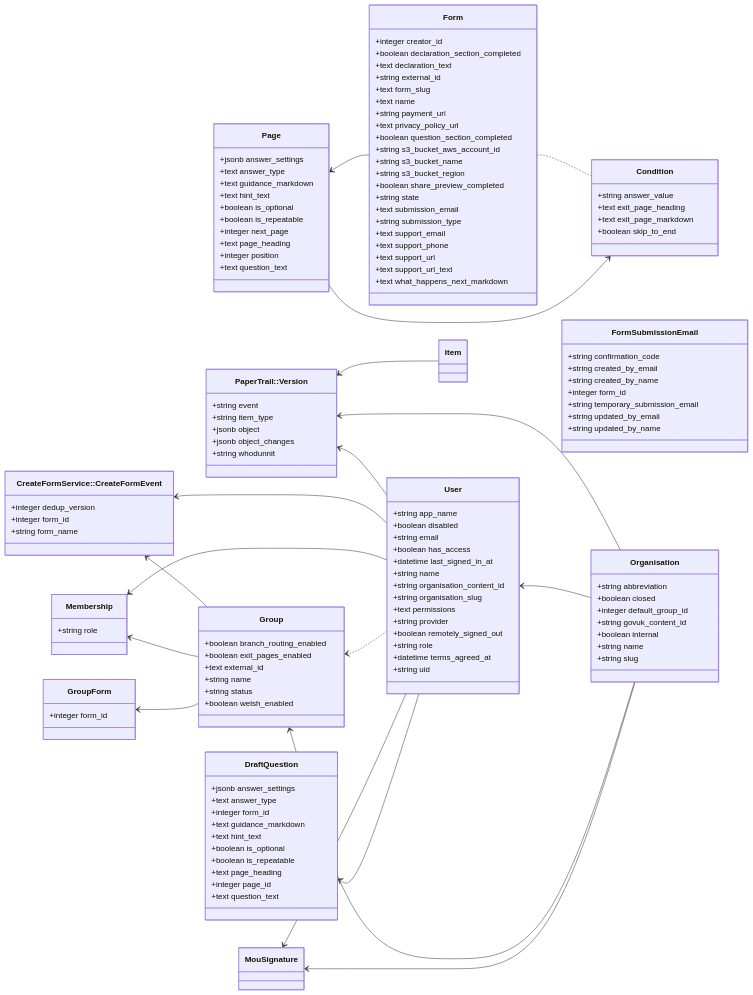
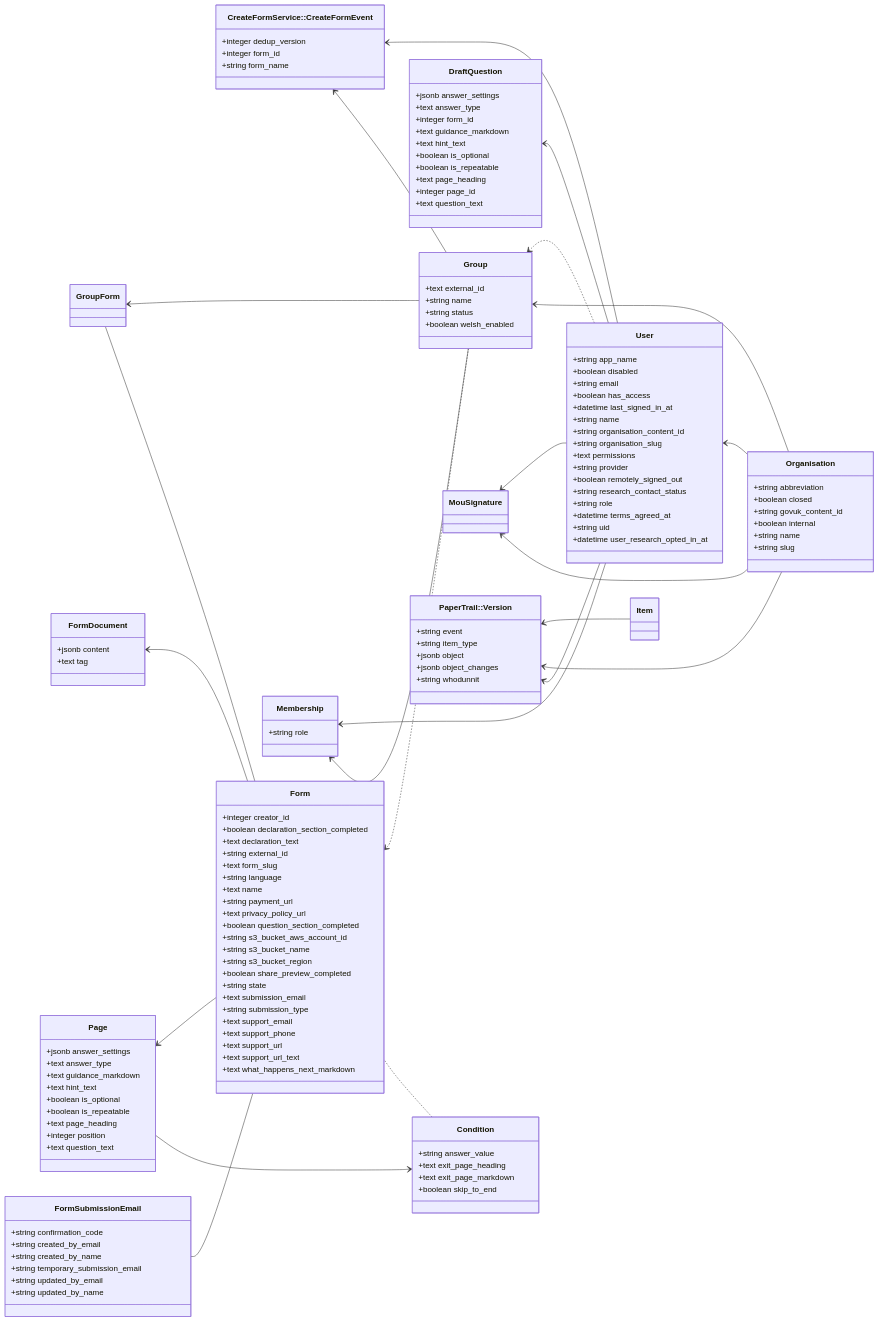
Before and after one commit to alphagov/forms: the diagram in diagrams/class-diagrams/admin.md, drawn with Mermaid.

Commit message:
Update forms-admin class diagram
Updated with latest output from rails-erd.

````diff
--- a/diagrams/class-diagrams/admin.md
+++ b/diagrams/class-diagrams/admin.md
@@ -33,6 +33,7 @@
 	`Form` : +text declaration_text
 	`Form` : +string external_id
 	`Form` : +text form_slug
+	`Form` : +string language
 	`Form` : +text name
 	`Form` : +string payment_url
 	`Form` : +text privacy_policy_url
@@ -49,30 +50,28 @@
 	`Form` : +text support_url
 	`Form` : +text support_url_text
 	`Form` : +text what_happens_next_markdown
+	class `FormDocument`
+	`FormDocument` : +jsonb content
+	`FormDocument` : +text tag
 	class `FormSubmissionEmail`
 	`FormSubmissionEmail` : +string confirmation_code
 	`FormSubmissionEmail` : +string created_by_email
 	`FormSubmissionEmail` : +string created_by_name
-	`FormSubmissionEmail` : +integer form_id
 	`FormSubmissionEmail` : +string temporary_submission_email
 	`FormSubmissionEmail` : +string updated_by_email
 	`FormSubmissionEmail` : +string updated_by_name
 	class `Group`
-	`Group` : +boolean branch_routing_enabled
-	`Group` : +boolean exit_pages_enabled
 	`Group` : +text external_id
 	`Group` : +string name
 	`Group` : +string status
 	`Group` : +boolean welsh_enabled
 	class `GroupForm`
-	`GroupForm` : +integer form_id
 	class `Membership`
 	`Membership` : +string role
 	class `MouSignature`
 	class `Organisation`
 	`Organisation` : +string abbreviation
 	`Organisation` : +boolean closed
-	`Organisation` : +integer default_group_id
 	`Organisation` : +string govuk_content_id
 	`Organisation` : +boolean internal
 	`Organisation` : +string name
@@ -84,7 +83,6 @@
 	`Page` : +text hint_text
 	`Page` : +boolean is_optional
 	`Page` : +boolean is_repeatable
-	`Page` : +integer next_page
 	`Page` : +text page_heading
 	`Page` : +integer position
 	`Page` : +text question_text
@@ -106,9 +104,11 @@
 	`User` : +text permissions
 	`User` : +string provider
 	`User` : +boolean remotely_signed_out
+	`User` : +string research_contact_status
 	`User` : +string role
 	`User` : +datetime terms_agreed_at
 	`User` : +string uid
+	`User` : +datetime user_research_opted_in_at
 	`Item` --> `PaperTrail::Version`
 	`Organisation` --> `PaperTrail::Version`
 	`User` --> `PaperTrail::Version`
@@ -123,7 +123,11 @@
 	`Organisation` --> `MouSignature`
 	`Group` --> `Membership`
 	`Group` --> `GroupForm`
+	`Form` -- `GroupForm`
+	`Group` ..> `Form`
+	`Form` --> `FormDocument`
 	`Form` --> `Page`
+	`Form` -- `FormSubmissionEmail`
 	`Page` --> `Condition`
 	`Condition` .. `Form`
-  ```
+```
````
